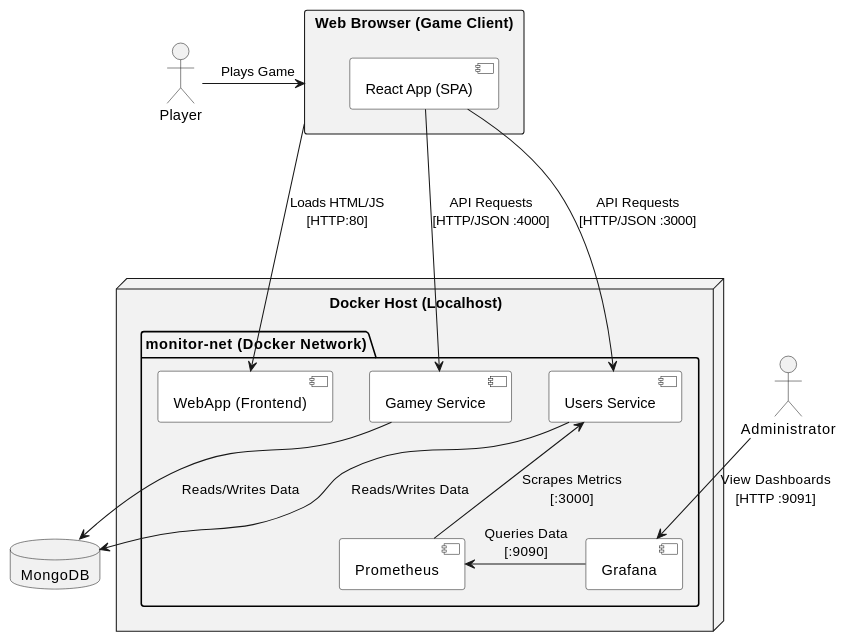
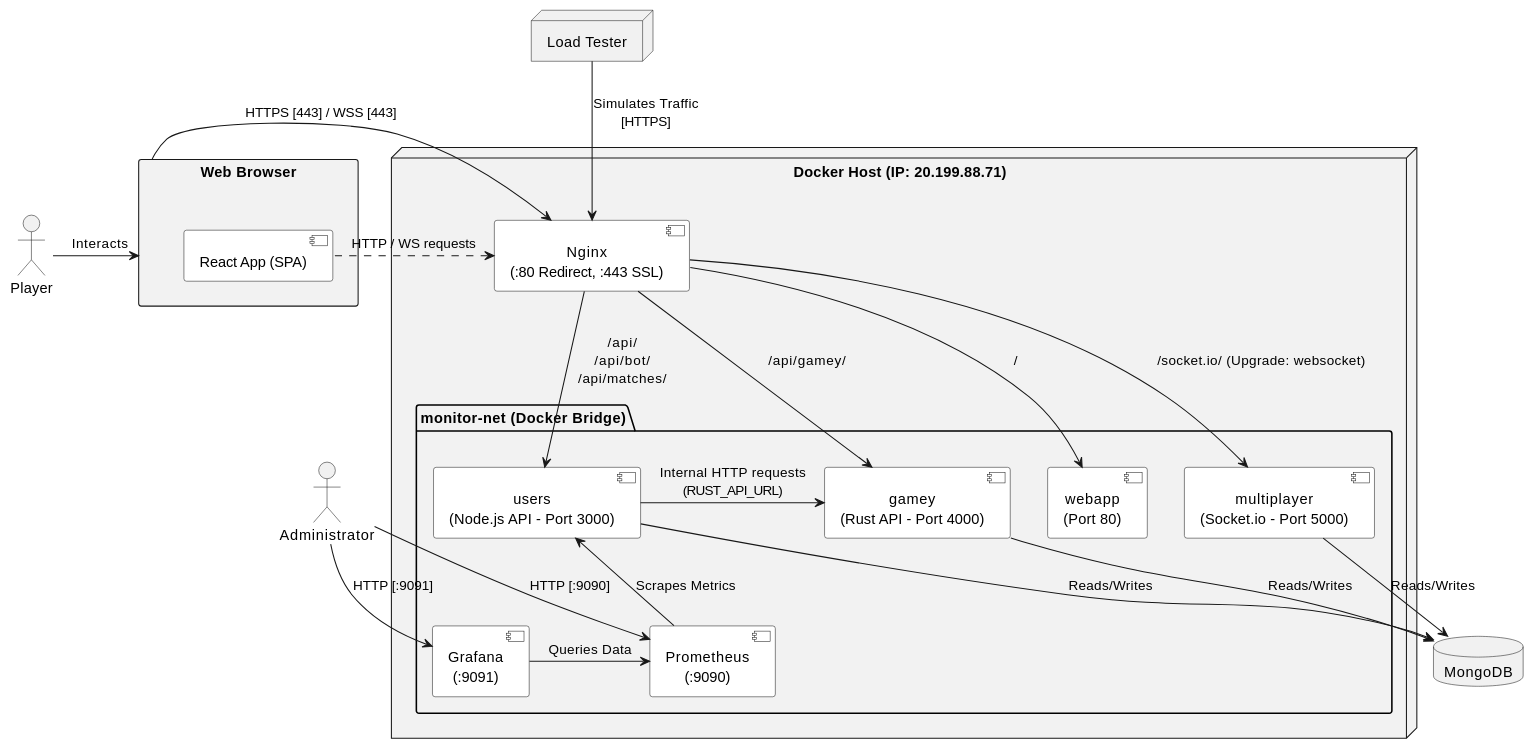
Before and after one commit to Arquisoft/yovi_es1a: the second of 2 diagrams in docs/src/03_context_and_scope.adoc, drawn with PlantUML. The commit also changed other lines of this file, not shown here.

```diff
--- a/docs/src/03_context_and_scope.adoc
+++ b/docs/src/03_context_and_scope.adoc
@@ -96,46 +65,55 @@
 [plantuml]
 ----
 @startuml
 skinparam componentStyle uml2
 skinparam componentBackgroundColor white
 skinparam packageBackgroundColor #F2F2F2
 skinparam defaultTextAlignment center
 
-' Ponemos a los actores en los extremos para abrir el diagrama
 actor "Player" as player
 actor "Administrator" as admin
+node "Load Tester" as gatling
 
-rectangle "Web Browser (Game Client)" as browser {
+rectangle "Web Browser" as browser {
     component "React App (SPA)" as spa
 }
 
-node "Docker Host (Localhost)" {
-    package "monitor-net (Docker Network)" {
-        component "WebApp (Frontend)" as webapp
-        component "Users Service" as users
-        component "Gamey Service" as gamey
+node "Docker Host (IP: 20.199.88.71)" {
+    component "Nginx\n(:80 Redirect, :443 SSL)" as nginx
+    
+    package "monitor-net (Docker Bridge)" {
+        component "webapp\n(Port 80)" as webapp
+        component "users\n(Node.js API - Port 3000)" as users
+        component "gamey\n(Rust API - Port 4000)" as gamey
+        component "multiplayer\n(Socket.io - Port 5000)" as multi
 
-        component "Grafana" as graf
-        component "Prometheus" as prom
+        component "Grafana\n(:9091)" as graf
+        component "Prometheus\n(:9090)" as prom
     }
 }
 
 database "MongoDB" as mongo
 
-player -> browser : Plays Game
-browser --> webapp : Loads HTML/JS\n[HTTP:80]
+player -> browser : Interacts
+browser -right-> nginx : HTTPS [443] / WSS [443]
+gatling -down-> nginx : Simulates Traffic\n[HTTPS]
 
-spa ---> users : API Requests\n[HTTP/JSON :3000]
-spa ---> gamey : API Requests\n[HTTP/JSON :4000]
+nginx --> webapp : " / "
+nginx --> users : " /api/ \n /api/bot/ \n /api/matches/ "
+nginx --> gamey : " /api/gamey/ "
+nginx --> multi : " /socket.io/ (Upgrade: websocket)"
 
-users --> mongo : Reads/Writes Data
-gamey --> mongo : Reads/Writes Data
+spa .up.> nginx : HTTP / WS requests
+users -right-> gamey : Internal HTTP requests\n(RUST_API_URL)
 
-admin --> graf : View Dashboards\n[HTTP :9091]
+users --> mongo : Reads/Writes
+gamey --> mongo : Reads/Writes
+multi --> mongo : Reads/Writes
 
-
-graf -> prom : Queries Data\n[:9090]
-prom -up-> users : Scrapes Metrics\n[:3000]
+admin --> graf : HTTP [:9091]
+admin --> prom : HTTP [:9090]
+graf -> prom : Queries Data
+prom -up-> users : Scrapes Metrics
 
 @enduml
 ----
```
